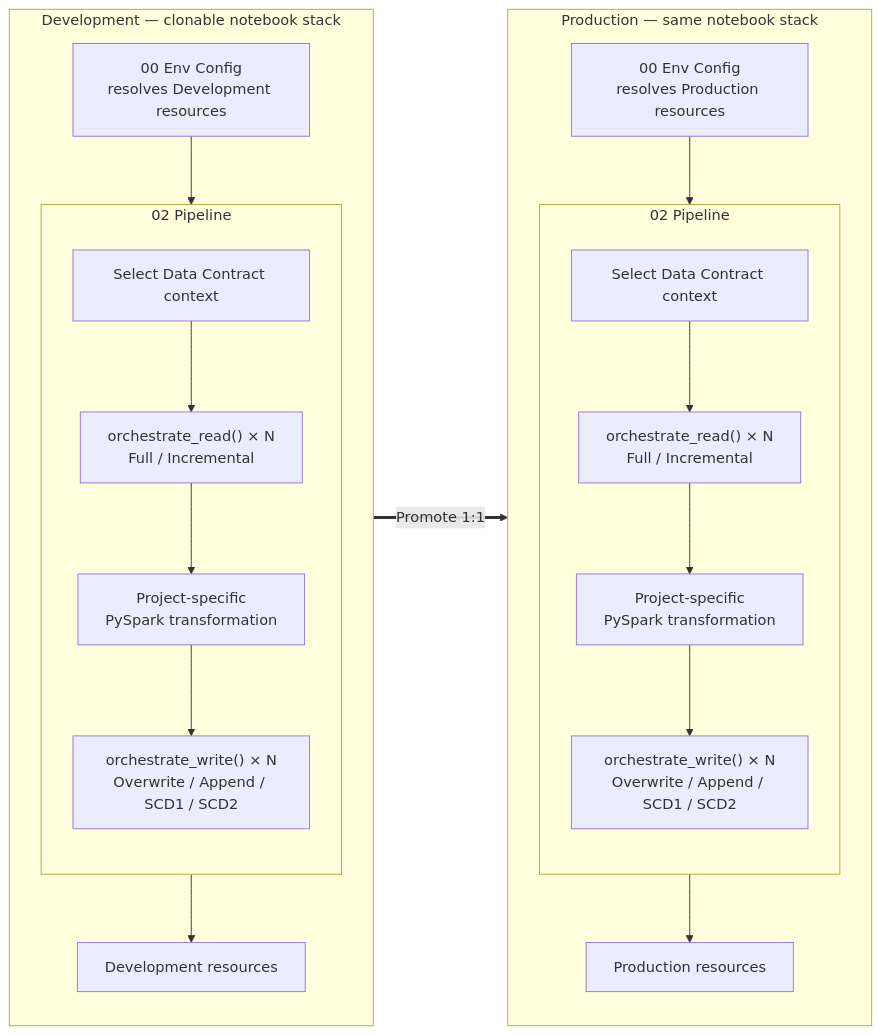
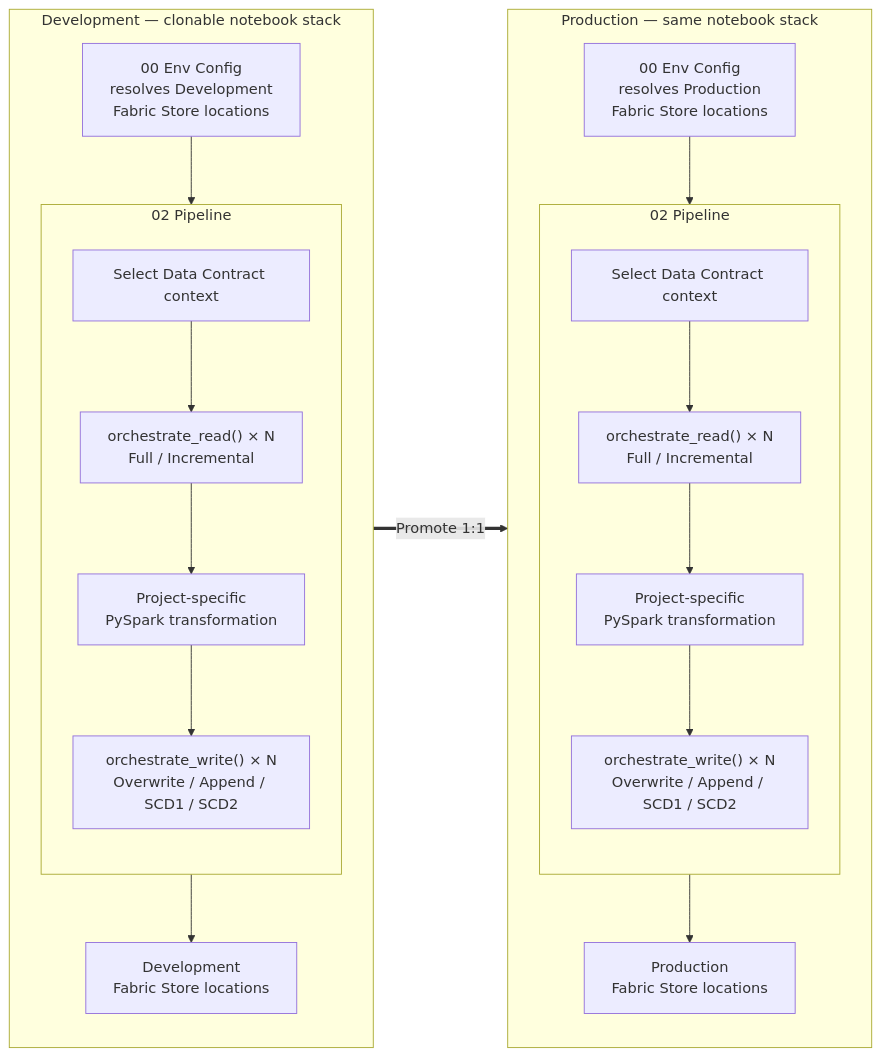
The first of 3 diagrams in docs/solutions/plug-and-play-data-pipelines.md (Voycepeh/FabricOps-Starter-Kit), drawn with Mermaid before and after one commit. The commit also changed other lines of this file, not shown here.

Commit message:
docs: align pipeline recipes and Fabric Store resolution

````diff
--- a/docs/solutions/plug-and-play-data-pipelines.md
+++ b/docs/solutions/plug-and-play-data-pipelines.md
@@ -24,34 +24,34 @@
 ```mermaid
 flowchart LR
     subgraph DEV["Development — clonable notebook stack"]
         direction TB
-        DEV_ENV["00 Env Config<br/>resolves Development resources"]
+        DEV_ENV["00 Env Config<br/>resolves Development<br/>Fabric Store locations"]
         subgraph DEV_PIPE["02 Pipeline"]
             direction TB
             DEV_CONTRACT["Select Data Contract context"]
             DEV_READ["orchestrate_read() × N<br/>Full / Incremental"]
             DEV_TRANSFORM["Project-specific<br/>PySpark transformation"]
             DEV_WRITE["orchestrate_write() × N<br/>Overwrite / Append / SCD1 / SCD2"]
             DEV_CONTRACT --> DEV_READ --> DEV_TRANSFORM --> DEV_WRITE
         end
         DEV_ENV --> DEV_PIPE
-        DEV_PIPE --> DEV_RES["Development resources"]
+        DEV_PIPE --> DEV_RES["Development<br/>Fabric Store locations"]
     end
 
     subgraph PROD["Production — same notebook stack"]
         direction TB
-        PROD_ENV["00 Env Config<br/>resolves Production resources"]
+        PROD_ENV["00 Env Config<br/>resolves Production<br/>Fabric Store locations"]
         subgraph PROD_PIPE["02 Pipeline"]
             direction TB
             PROD_CONTRACT["Select Data Contract context"]
             PROD_READ["orchestrate_read() × N<br/>Full / Incremental"]
             PROD_TRANSFORM["Project-specific<br/>PySpark transformation"]
             PROD_WRITE["orchestrate_write() × N<br/>Overwrite / Append / SCD1 / SCD2"]
             PROD_CONTRACT --> PROD_READ --> PROD_TRANSFORM --> PROD_WRITE
         end
         PROD_ENV --> PROD_PIPE
-        PROD_PIPE --> PROD_RES["Production resources"]
+        PROD_PIPE --> PROD_RES["Production<br/>Fabric Store locations"]
     end
 
     DEV ==>|"Promote 1:1"| PROD
 ```
````
